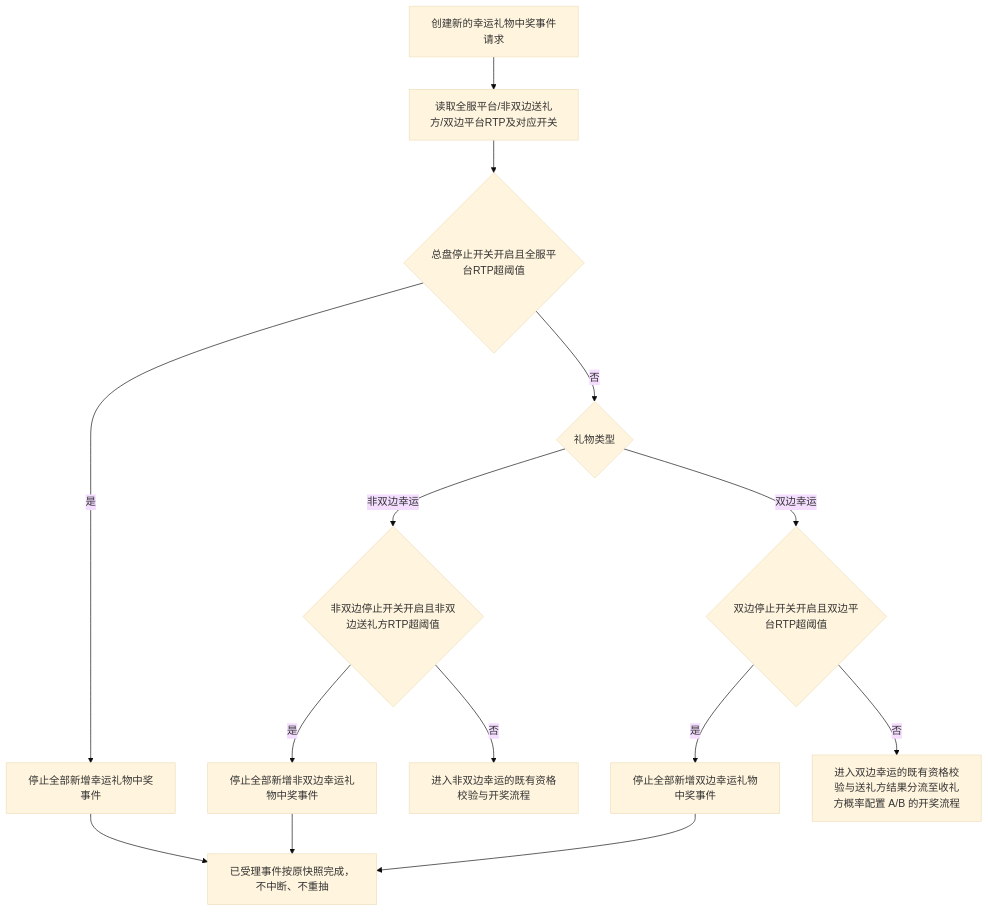
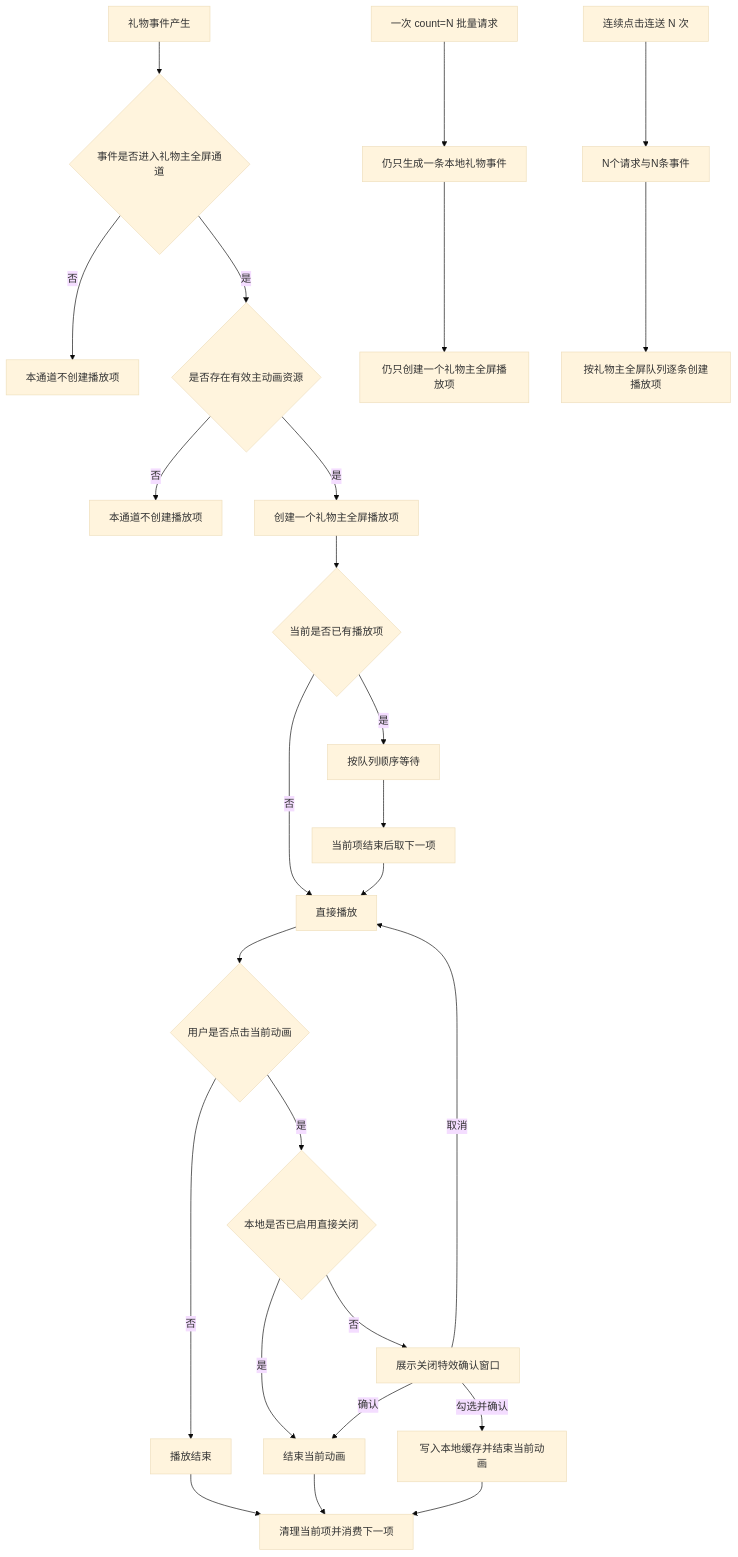
The eighth of 10 diagrams in 幸运礼物1.0_核心逻辑需求文档.md (kocekid/LuckGift1.0), drawn with Mermaid (base theme) before and after one commit. The commit also changed other lines of this file and 4 other files, not shown here.

````diff
--- a/幸运礼物1.0_核心逻辑需求文档.md
+++ b/幸运礼物1.0_核心逻辑需求文档.md
@@ -270,16 +922,30 @@
 ```mermaid
 flowchart TD
-    A[创建新的幸运礼物中奖事件请求] --> B[读取全服平台/非双边送礼方/双边平台RTP及对应开关]
-    B --> C{总盘停止开关开启且全服平台RTP超阈值}
-    C -->|是| D[停止全部新增幸运礼物中奖事件]
-    D --> E[已受理事件按原快照完成，不中断、不重抽]
-    C -->|否| F{礼物类型}
-    F -->|非双边幸运| G{非双边停止开关开启且非双边送礼方RTP超阈值}
-    G -->|是| H[停止全部新增非双边幸运礼物中奖事件]
-    H --> E
-    G -->|否| I[进入非双边幸运的既有资格校验与开奖流程]
-    F -->|双边幸运| J{双边停止开关开启且双边平台RTP超阈值}
-    J -->|是| K[停止全部新增双边幸运礼物中奖事件]
-    K --> E
-    J -->|否| L[进入双边幸运的既有资格校验与送礼方结果分流至收礼方概率配置 A/B 的开奖流程]
+    A[礼物事件产生] --> B{事件是否进入礼物主全屏通道}
+    B -->|否| C[本通道不创建播放项]
+    B -->|是| D{是否存在有效主动画资源}
+    D -->|否| E[本通道不创建播放项]
+    D -->|是| F[创建一个礼物主全屏播放项]
+    F --> G{当前是否已有播放项}
+    G -->|否| H[直接播放]
+    G -->|是| K[按队列顺序等待]
+    K --> W[当前项结束后取下一项]
+    W --> H
+
+    H --> L{用户是否点击当前动画}
+    L -->|否| M[播放结束]
+    L -->|是| N{本地是否已启用直接关闭}
+    N -->|是| O[结束当前动画]
+    N -->|否| P[展示关闭特效确认窗口]
+    P -->|取消| H
+    P -->|确认| O
+    P -->|勾选并确认| Q[写入本地缓存并结束当前动画]
+    O --> R[清理当前项并消费下一项]
+    Q --> R
+    M --> R
+
+    S[一次 count=N 批量请求] --> T[仍只生成一条本地礼物事件]
+    T --> U[仍只创建一个礼物主全屏播放项]
+    V[连续点击连送 N 次] --> X[N个请求与N条事件]
+    X --> Y[按礼物主全屏队列逐条创建播放项]
 ```
````
